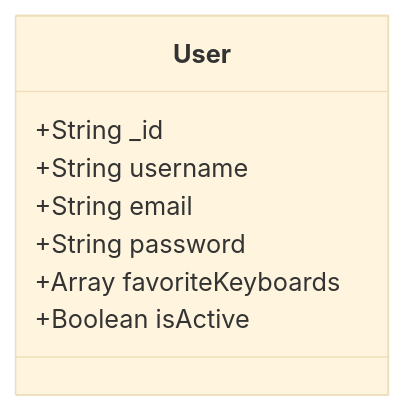
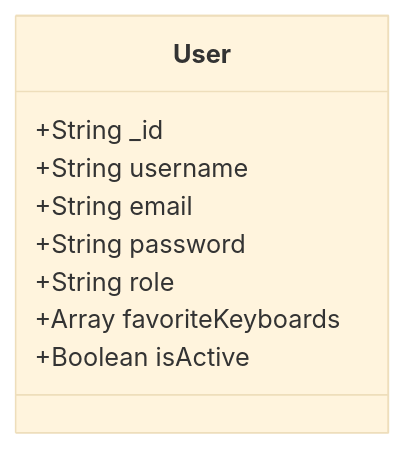
One commit to Vlastrix/keytastic_backend changed the diagram in docs/user.md. Above: the diagram before and after it, drawn with Mermaid (base theme). The commit also changed other lines of this file and 4 other files, not shown here.

````diff
--- a/docs/user.md
+++ b/docs/user.md
@@ -2,11 +2,12 @@
 ```mermaid
 classDiagram
     class User {
         +String _id  
         +String username
         +String email
         +String password
+        +String role
         +Array<String> favoriteKeyboards
         +Boolean isActive
     }
 ```
````
